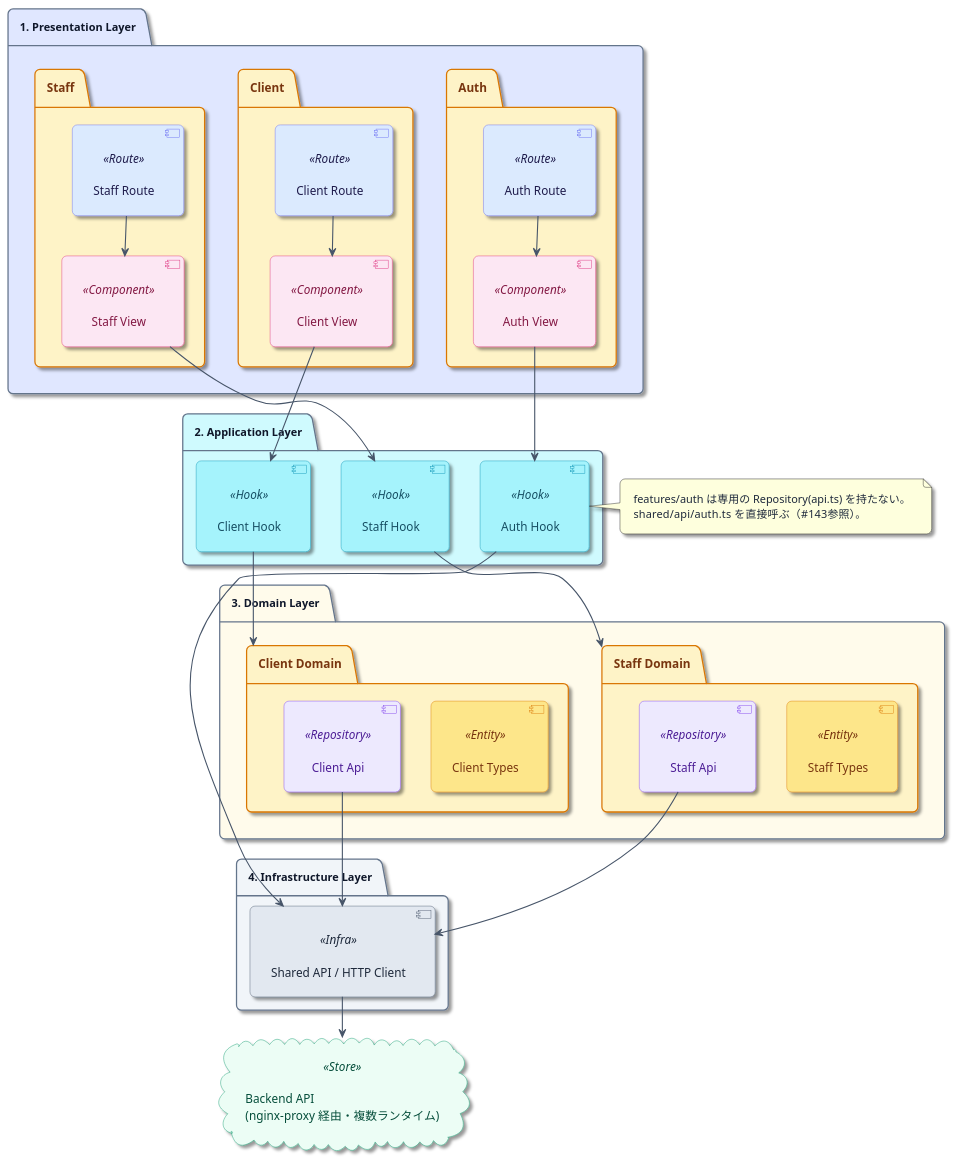
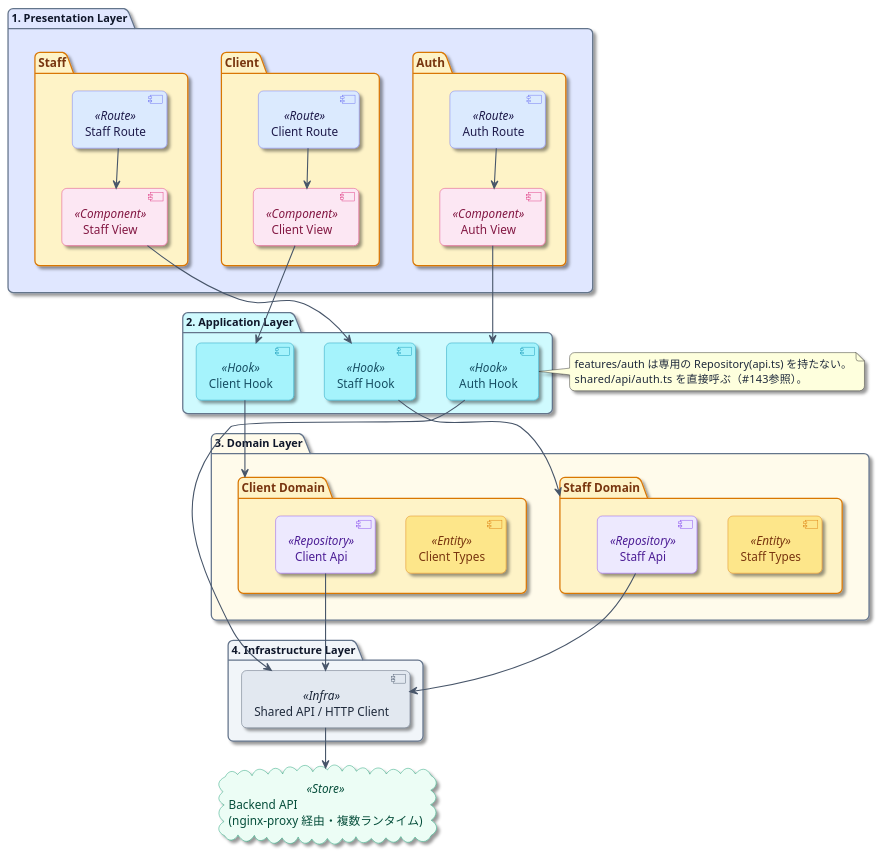
Before and after one commit to bobtabo/authorization: the diagram in docs/architecture/frontend.puml, drawn with PlantUML. The commit also changed 1 other file, not shown here.

Commit message:
docs: 非推奨の skinparam Padding を削除し余白を詰める

```diff
--- a/docs/architecture/frontend.puml
+++ b/docs/architecture/frontend.puml
@@ -1,141 +1,140 @@
 @startuml
 ' docs/architecture/backend.puml のフロントエンド版
 ' Feature-Based Architecture + Custom Hooks 構成（#140〜#143 で導入）を層構造として可視化
 ' 主フローは上→下。各層内は左→右（Auth→Client→Staff）で視線は左上→右下に近い
 skinparam shadowing true
 skinparam roundcorner 12
-skinparam Padding 10
 skinparam BoxPadding 8
 skinparam nodesep 36
 skinparam ranksep 48
 top to bottom direction
 
 skinparam defaultFontColor #1E293B
 skinparam ArrowColor #475569
 skinparam ArrowThickness 1.3
 
 skinparam package {
     BorderColor #64748B
     FontColor #0F172A
     FontStyle bold
     FontSize 13
 }
 
 skinparam component<<Route>> {
     BackgroundColor #DBEAFE
     BorderColor #6366F1
     FontColor #1E1B4B
 }
 skinparam component<<Component>> {
     BackgroundColor #FCE7F3
     BorderColor #DB2777
     FontColor #831843
 }
 skinparam component<<Hook>> {
     BackgroundColor #A5F3FC
     BorderColor #0891B2
     FontColor #164E63
 }
 skinparam component<<Entity>> {
     BackgroundColor #FDE68A
     BorderColor #D97706
     FontColor #78350F
 }
 skinparam component<<Repository>> {
     BackgroundColor #EDE9FE
     BorderColor #7C3AED
     FontColor #4C1D95
 }
 skinparam component<<Infra>> {
     BackgroundColor #E2E8F0
     BorderColor #475569
     FontColor #1E293B
 }
 skinparam cloud<<Store>> {
     BackgroundColor #ECFDF5
     BorderColor #059669
     FontColor #064E3B
 }
 
 skinparam folder {
     BackgroundColor #FEF3C7
     BorderColor #D97706
     FontColor #78350F
 }
 
 ' 凡例（実ディレクトリとの対応）
 ' Route      = app/**/page.tsx（薄いラッパー。ロジックを持たずViewを呼ぶだけ）
 ' Component  = features/*/components/*.tsx（View。見た目のみ）
 ' Hook       = features/*/hooks/*.ts（Application/UseCase。状態管理・API呼び出し）
 ' Entity     = features/*/types.ts（Value Object・定数）
 ' Repository = features/*/api.ts（バックエンドAPIとの契約。関数のみでinterface/impl分離はない）
 ' Infra      = shared/api/http.ts・client.ts・auth.ts・gate.ts・notifications.ts・invitation.ts
 ' Store      = 各バックエンド（PHP Laravel 等、nginx-proxy 経由の複数ランタイム）
 
 package "1. Presentation Layer" #E0E7FF {
     folder "Auth" {
         [Auth Route] <<Route>>
         [Auth View] <<Component>>
         [Auth Route] -down-> [Auth View]
     }
     folder "Client" {
         [Client Route] <<Route>>
         [Client View] <<Component>>
         [Client Route] -down-> [Client View]
     }
     folder "Staff" {
         [Staff Route] <<Route>>
         [Staff View] <<Component>>
         [Staff Route] -down-> [Staff View]
     }
     "Auth" -[hidden]right- "Client"
     "Client" -[hidden]right- "Staff"
 }
 
 package "2. Application Layer" #CFFAFE {
     [Auth Hook] <<Hook>>
     [Client Hook] <<Hook>>
     [Staff Hook] <<Hook>>
     [Auth Hook] -[hidden]right- [Client Hook]
     [Client Hook] -[hidden]right- [Staff Hook]
 }
 
 package "3. Domain Layer" #FFFBEB {
     folder "Client Domain" {
         [Client Types] <<Entity>>
         [Client Api] <<Repository>>
     }
     folder "Staff Domain" {
         [Staff Types] <<Entity>>
         [Staff Api] <<Repository>>
     }
     "Client Domain" -[hidden]right- "Staff Domain"
 }
 
 package "4. Infrastructure Layer" #F1F5F9 {
     [Shared API / HTTP Client] <<Infra>>
 }
 
 cloud "Backend API\n(nginx-proxy 経由・複数ランタイム)" as backendApi <<Store>>
 
 [Auth View] -down-> [Auth Hook]
 [Client View] -down-> [Client Hook]
 [Staff View] -down-> [Staff Hook]
 
 [Client Hook] -down-> "Client Domain"
 [Staff Hook] -down-> "Staff Domain"
 
 ' Auth は features/auth 専用の Repository(api.ts) を持たず、shared/api/auth.ts を直接呼ぶ
 ' （セッション管理・ヘッダー等アプリ全体から使う横断的関心事のため。#143 の設計判断）
 [Auth Hook] -down-> [Shared API / HTTP Client]
 note right of [Auth Hook]
   features/auth は専用の Repository(api.ts) を持たない。
   shared/api/auth.ts を直接呼ぶ（#143参照）。
 end note
 
 [Client Api] -down-> [Shared API / HTTP Client]
 [Staff Api] -down-> [Shared API / HTTP Client]
 
 [Shared API / HTTP Client] -down-> backendApi
 
 @enduml
```
